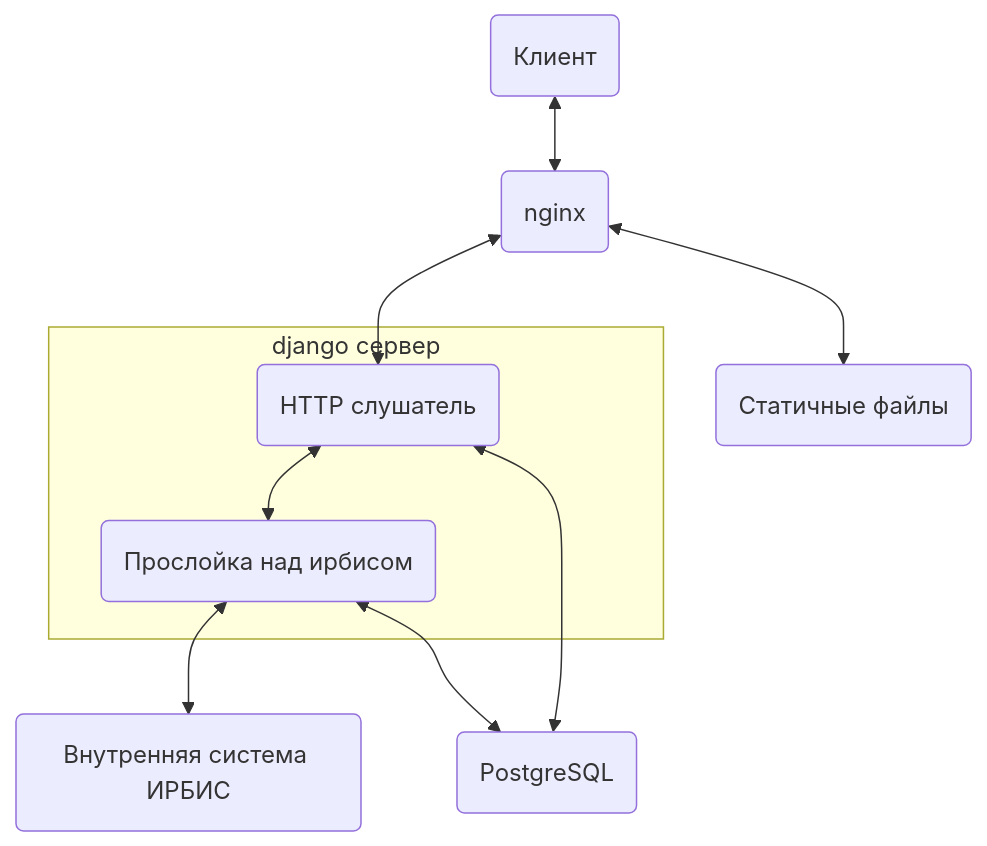
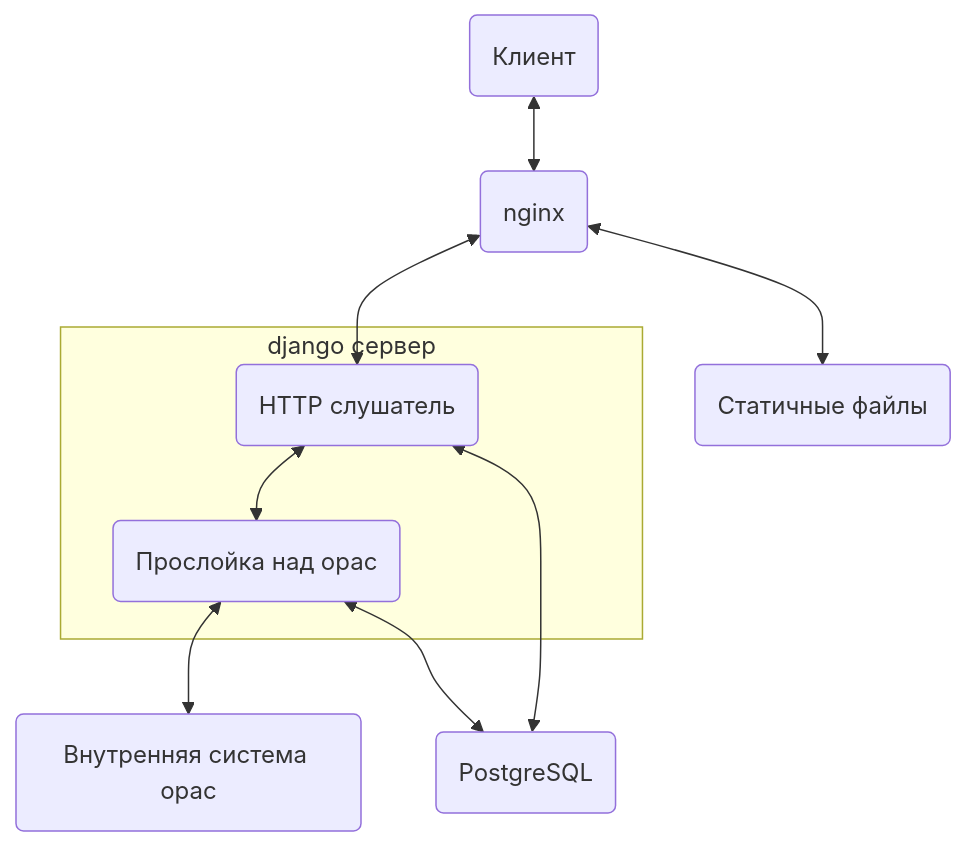
The first of 2 diagrams in README.md (nnn1ki/library-online), drawn with Mermaid before and after one commit. The commit also changed 14 other files, not shown here.

Commit message:
Rename irbis to opac

````diff
--- a/README.md
+++ b/README.md
@@ -15,14 +15,14 @@
 ```mermaid
 graph TD
     client(Клиент) <--> nginx(nginx)
     nginx <--> static(Статичные файлы)
     nginx <--> listener(HTTP слушатель)
     psql(PostgreSQL) <--> listener
 
     subgraph django сервер
-    listener <--> cacher(Прослойка над ирбисом)
+    listener <--> cacher(Прослойка над opac)
     end
     
-    cacher <--> irbis(Внутренняя система ИРБИС)
+    cacher <--> opac(Внутренняя система opac)
     cacher <--> psql
 ```
````
